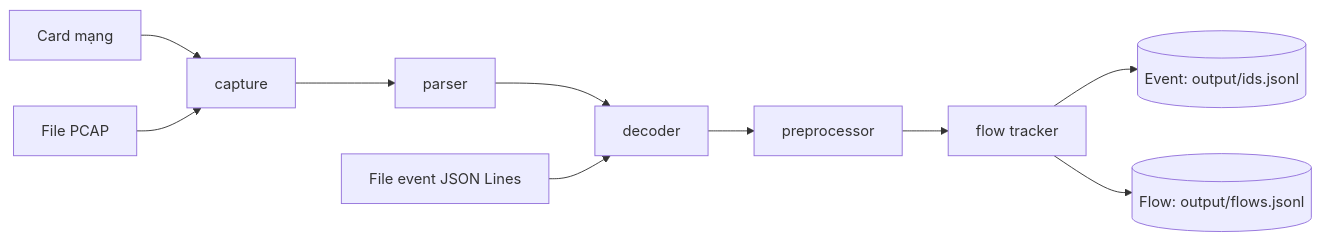
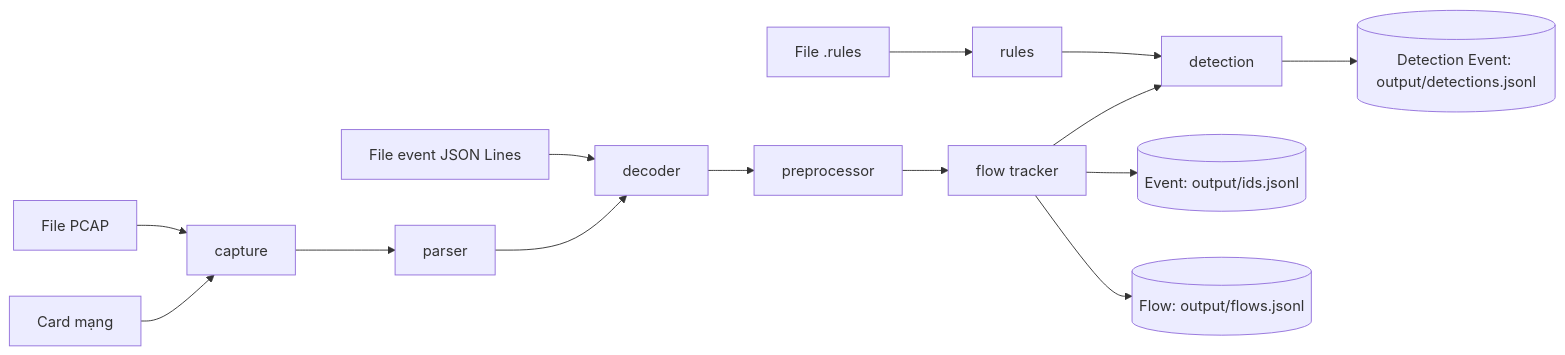
One commit to TrangTuanAnh/NT204.R11.ANTN_TrangTuanAnh_24520131 changed the diagram in README.md. Above: the diagram before and after it, drawn with Mermaid. The commit also changed other lines of this file and 2 other files, not shown here.

````diff
--- a/README.md
+++ b/README.md
@@ -7,12 +5,16 @@
 ```mermaid
 flowchart LR
     live[Card mạng] --> capture
     pcap[File PCAP] --> capture
     capture --> parser
     parser --> decoder
     events[File event JSON Lines] --> decoder
     decoder --> preprocessor
     preprocessor --> flow[flow tracker]
+    rulefiles[File .rules] --> rules[rules]
+    flow --> detection
+    rules --> detection
     flow --> out1[("Event: output/ids.jsonl")]
     flow --> out2[("Flow: output/flows.jsonl")]
+    detection --> out3[("Detection Event: output/detections.jsonl")]
 ```
````
